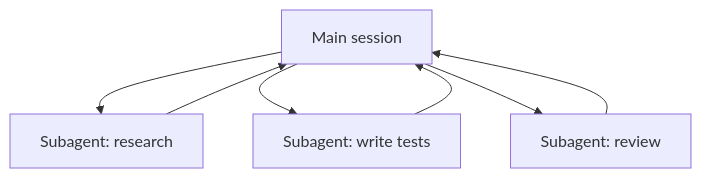
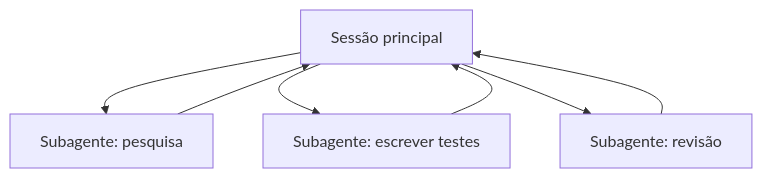
One commit to derob98/ailmanac changed the diagram in i18n/pt-BR/docusaurus-plugin-content-docs/current/claude-code/subagents.mdx. Above: the diagram before and after it, drawn with Mermaid. The commit also changed other lines of this file and 43 other files, not shown here.

````diff
--- a/i18n/pt-BR/docusaurus-plugin-content-docs/current/claude-code/subagents.mdx
+++ b/i18n/pt-BR/docusaurus-plugin-content-docs/current/claude-code/subagents.mdx
@@ -21,9 +21,9 @@
 ```mermaid
 flowchart TD
-  M[Main session] --> A[Subagent: research]
-  M --> B[Subagent: write tests]
-  M --> C[Subagent: review]
+  M[Sessão principal] --> A[Subagente: pesquisa]
+  M --> B[Subagente: escrever testes]
+  M --> C[Subagente: revisão]
   A --> M
   B --> M
   C --> M
 ```
````
